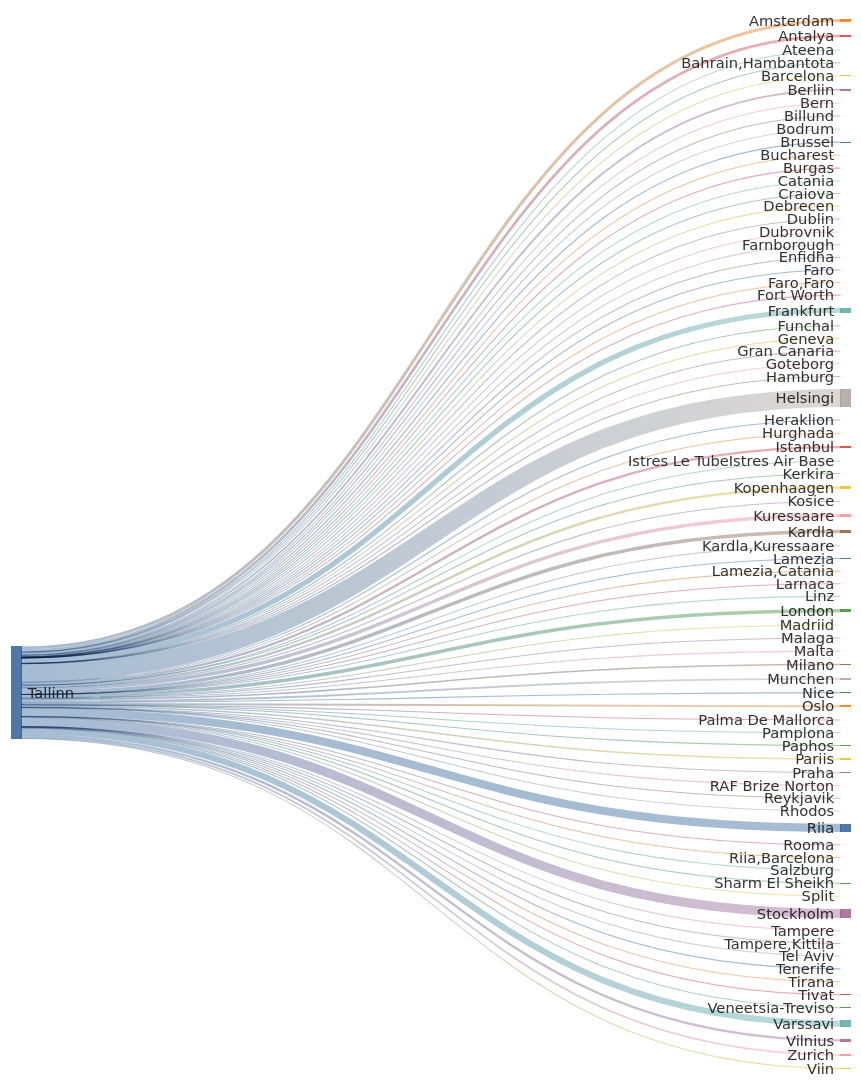
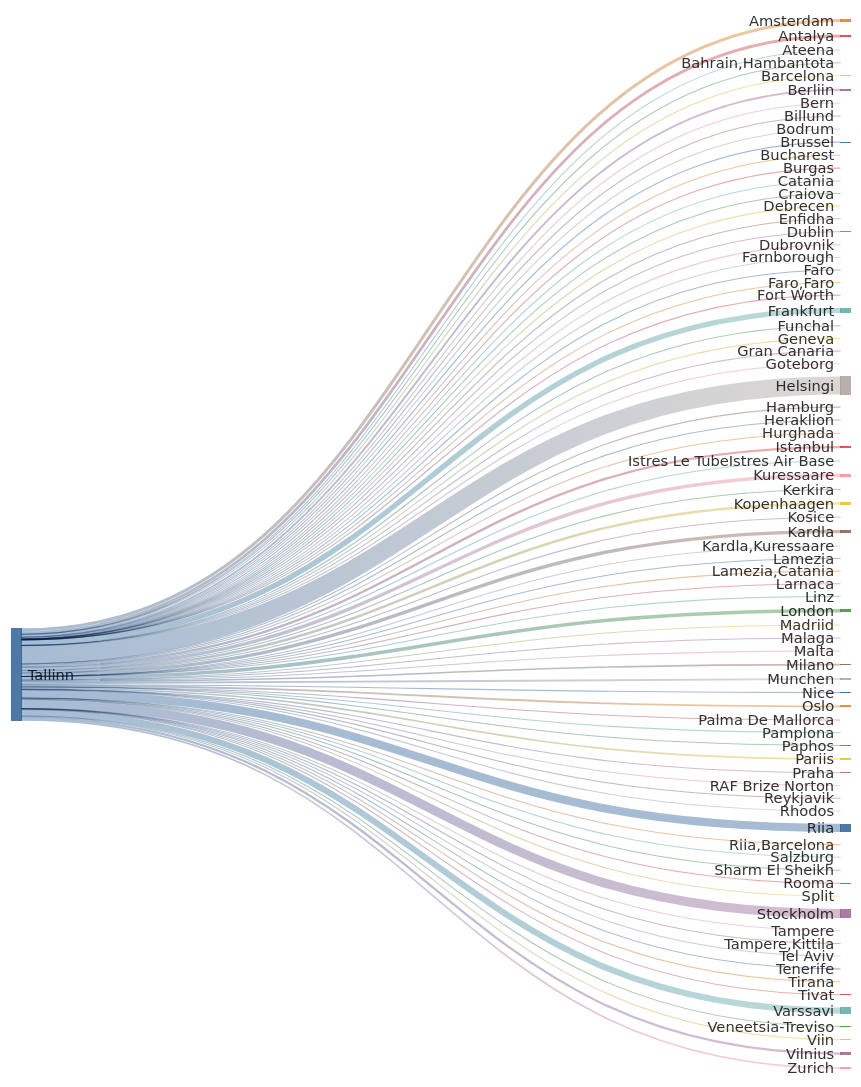
Before and after one commit to rainermesi/tll-airport-departures: the second of 2 diagrams in README.md, drawn with Mermaid. The commit also changed other lines of this file and 1 other file, not shown here.

```diff
--- a/README.md
+++ b/README.md
@@ -41,12 +41,12 @@
 ---
 sankey-beta
 %% source,target,value
-Tallinn,Amsterdam,543
-Tallinn,Antalya,491
+Tallinn,Amsterdam,545
+Tallinn,Antalya,495
 Tallinn,Ateena,16
 Tallinn,"Bahrain,Hambantota",1
 Tallinn,Barcelona,153
-Tallinn,Berliin,340
+Tallinn,Berliin,342
 Tallinn,Bern,1
 Tallinn,Billund,86
 Tallinn,Bodrum,12
@@ -58,65 +58,65 @@
 Tallinn,Debrecen,1
 Tallinn,Dublin,103
 Tallinn,Dubrovnik,21
-Tallinn,Enfidha,11
+Tallinn,Enfidha,12
 Tallinn,Farnborough,1
 Tallinn,Faro,4
 Tallinn,"Faro,Faro",1
 Tallinn,Fort Worth,1
-Tallinn,Frankfurt,963
+Tallinn,Frankfurt,966
 Tallinn,Funchal,6
 Tallinn,Geneva,13
 Tallinn,Gran Canaria,38
 Tallinn,Goteborg,2
 Tallinn,Hamburg,2
-Tallinn,Helsingi,3235
-Tallinn,Heraklion,118
+Tallinn,Helsingi,3244
+Tallinn,Heraklion,120
 Tallinn,Hurghada,75
-Tallinn,Istanbul,420
+Tallinn,Istanbul,421
 Tallinn,Istres Le TubeIstres Air Base,2
 Tallinn,Kerkira,4
-Tallinn,Kopenhaagen,443
+Tallinn,Kopenhaagen,446
 Tallinn,Kosice,1
-Tallinn,Kuressaare,612
-Tallinn,Kardla,614
+Tallinn,Kuressaare,614
+Tallinn,Kardla,616
 Tallinn,"Kardla,Kuressaare",1
 Tallinn,Lamezia,2
 Tallinn,"Lamezia,Catania",3
 Tallinn,Larnaca,5
 Tallinn,Linz,2
-Tallinn,London,625
+Tallinn,London,626
 Tallinn,Madriid,4
 Tallinn,Malaga,132
 Tallinn,Malta,33
-Tallinn,Milano,280
-Tallinn,Munchen,339
-Tallinn,Nice,60
-Tallinn,Oslo,325
+Tallinn,Milano,281
+Tallinn,Munchen,341
+Tallinn,Nice,61
+Tallinn,Oslo,326
 Tallinn,Palma De Mallorca,37
 Tallinn,Pamplona,1
 Tallinn,Paphos,66
-Tallinn,Pariis,287
+Tallinn,Pariis,288
 Tallinn,Praha,95
 Tallinn,RAF Brize Norton,1
 Tallinn,Reykjavik,20
 Tallinn,Rhodos,68
-Tallinn,Riia,1463
+Tallinn,Riia,1467
 Tallinn,"Riia,Barcelona",1
 Tallinn,Rooma,80
 Tallinn,Salzburg,14
-Tallinn,Sharm El Sheikh,109
+Tallinn,Sharm El Sheikh,110
 Tallinn,Split,61
-Tallinn,Stockholm,1611
+Tallinn,Stockholm,1616
 Tallinn,Tampere,17
 Tallinn,"Tampere,Kittila",21
 Tallinn,Tel Aviv,2
 Tallinn,Tenerife,58
 Tallinn,Tirana,41
 Tallinn,Tivat,77
-Tallinn,Varssavi,1119
+Tallinn,Varssavi,1122
 Tallinn,Veneetsia-Treviso,67
 Tallinn,Viin,106
-Tallinn,Vilnius,407
+Tallinn,Vilnius,409
 Tallinn,Zurich,290
 
 
```
